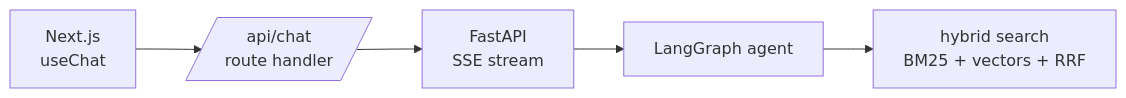
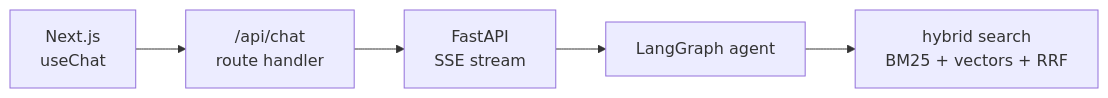
The third of 3 diagrams in README.md (JuliaNazka/sp-building-code-agent), drawn with Mermaid before and after one commit.

Commit message:
README: fix node label in request diagram

````diff
--- a/README.md
+++ b/README.md
@@ -50,4 +50,4 @@
 ```mermaid
 flowchart LR
-    UI[Next.js<br/>useChat] --> P[/api/chat<br/>route handler/] --> F[FastAPI<br/>SSE stream] --> G[LangGraph agent] --> R[hybrid search<br/>BM25 + vectors + RRF]
+    UI[Next.js<br/>useChat] --> P["/api/chat<br/>route handler"] --> F[FastAPI<br/>SSE stream] --> G[LangGraph agent] --> R[hybrid search<br/>BM25 + vectors + RRF]
 ```
````
